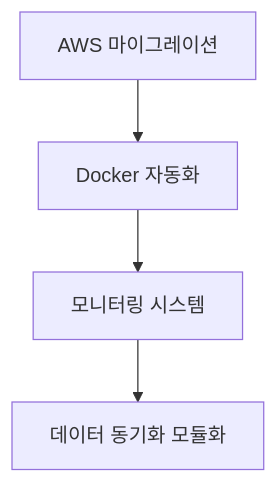
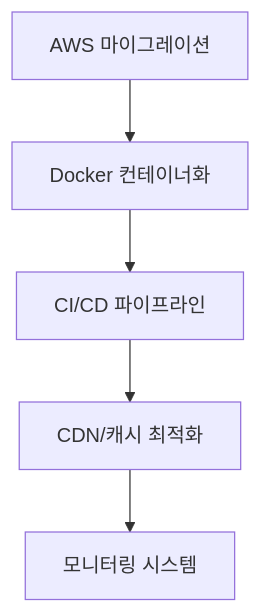
Before and after one commit to dooseob/LightCare: diagram 12 of 13 in docs/발표자료/프로젝트발표자료.md, drawn with Mermaid. The commit also changed other lines of this file and 6 other files, not shown here.

````diff
--- a/docs/발표자료/프로젝트발표자료.md
+++ b/docs/발표자료/프로젝트발표자료.md
@@ -117,6 +123,7 @@
 ```mermaid
 graph TD
-    A[AWS 마이그레이션] --> B[Docker 자동화]
-    B --> C[모니터링 시스템]
-    C --> D[데이터 동기화 모듈화]
+    A[AWS 마이그레이션] --> B[Docker 컨테이너화]
+    B --> C[CI/CD 파이프라인]
+    C --> D[CDN/캐시 최적화]
+    D --> E[모니터링 시스템]
 ```
````
